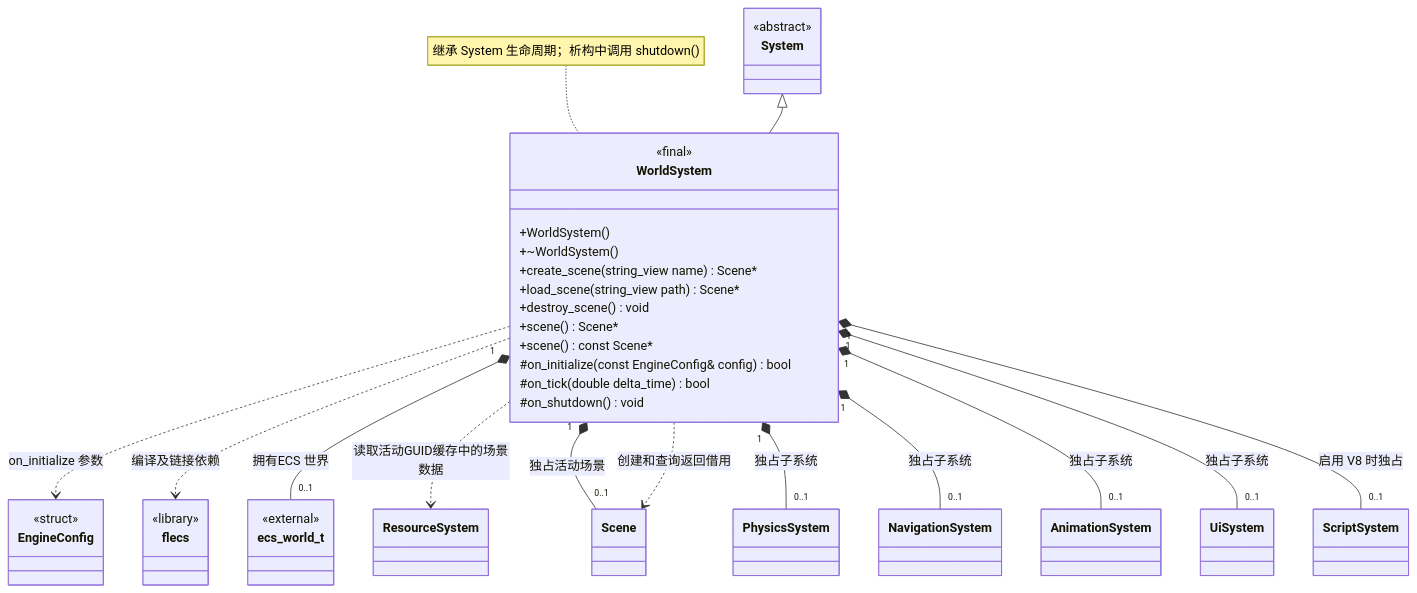
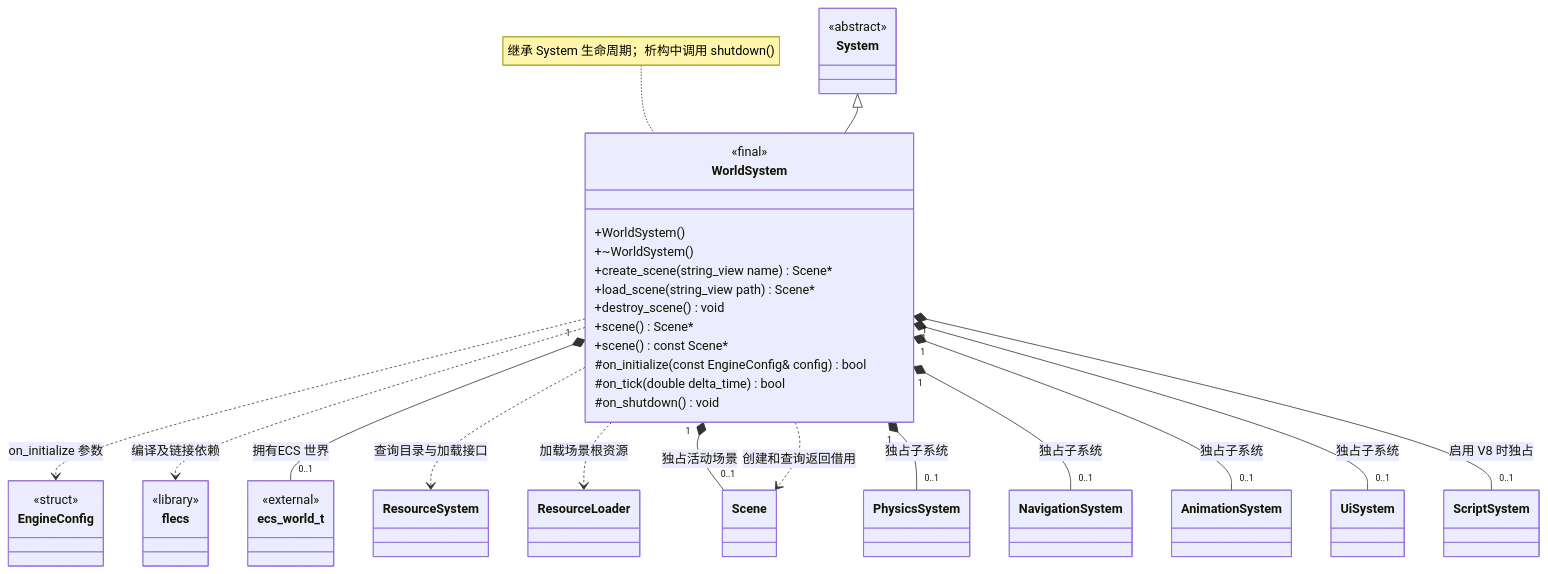
One commit to lcals/Engine changed the diagram in docs/runtime/class-diagrams/world-system.md. Above: the diagram before and after it, drawn with Mermaid. The commit also changed 194 other files, not shown here.

````diff
--- a/docs/runtime/class-diagrams/world-system.md
+++ b/docs/runtime/class-diagrams/world-system.md
@@ -7,49 +7,51 @@
 ```mermaid
 classDiagram
     direction TB
     class WorldSystem {
         <<final>>
         +WorldSystem()
         +~WorldSystem()
         +create_scene(string_view name) Scene#42;
         +load_scene(string_view path) Scene#42;
         +destroy_scene() void
         +scene() Scene#42;
         +scene() const Scene#42;
         #on_initialize(const EngineConfig& config) bool
         #on_tick(double delta_time) bool
         #on_shutdown() void
     }
     class System {
         <<abstract>>
     }
     class EngineConfig {
         <<struct>>
     }
     class flecs["flecs"] {
         <<library>>
     }
     class ecs_world_t {
         <<external>>
     }
     System <|-- WorldSystem
     WorldSystem ..> EngineConfig : on_initialize 参数
     WorldSystem ..> flecs : 编译及链接依赖
     WorldSystem "1" *-- "0..1" ecs_world_t : 拥有ECS 世界
     class ResourceSystem
+    class ResourceLoader
     class Scene
-    WorldSystem ..> ResourceSystem : 读取活动GUID缓存中的场景数据
+    WorldSystem ..> ResourceSystem : 查询目录与加载接口
+    WorldSystem ..> ResourceLoader : 加载场景根资源
     WorldSystem "1" *-- "0..1" Scene : 独占活动场景
     WorldSystem ..> Scene : 创建和查询返回借用
     class PhysicsSystem
     WorldSystem "1" *-- "0..1" PhysicsSystem : 独占子系统
     class NavigationSystem
     WorldSystem "1" *-- "0..1" NavigationSystem : 独占子系统
     class AnimationSystem
     WorldSystem "1" *-- "0..1" AnimationSystem : 独占子系统
     class UiSystem
     WorldSystem "1" *-- "0..1" UiSystem : 独占子系统
     class ScriptSystem
     WorldSystem "1" *-- "0..1" ScriptSystem : 启用 V8 时独占
     note for WorldSystem "继承 System 生命周期；析构中调用 shutdown()"
 ```
````
